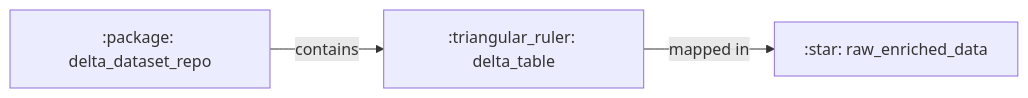
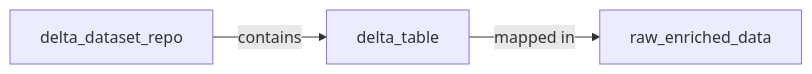
Diagram 16 of 22 in docs/brainstorms/investigation-db.md (ThanuMahee12/AgentContext), drawn with Mermaid before and after one commit. The commit also changed other lines of this file, not shown here.

Commit message:
docs: remove emoji shortcodes from mermaid diagrams

````diff
--- a/docs/brainstorms/investigation-db.md
+++ b/docs/brainstorms/investigation-db.md
@@ -467,5 +467,5 @@
 ```mermaid
 flowchart LR
-    R[":package: delta_dataset_repo"] -->|contains| T[":triangular_ruler: delta_table"]
-    T -->|mapped in| D[":star: raw_enriched_data"]
+    R["delta_dataset_repo"] -->|contains| T["delta_table"]
+    T -->|mapped in| D["raw_enriched_data"]
 ```
````
